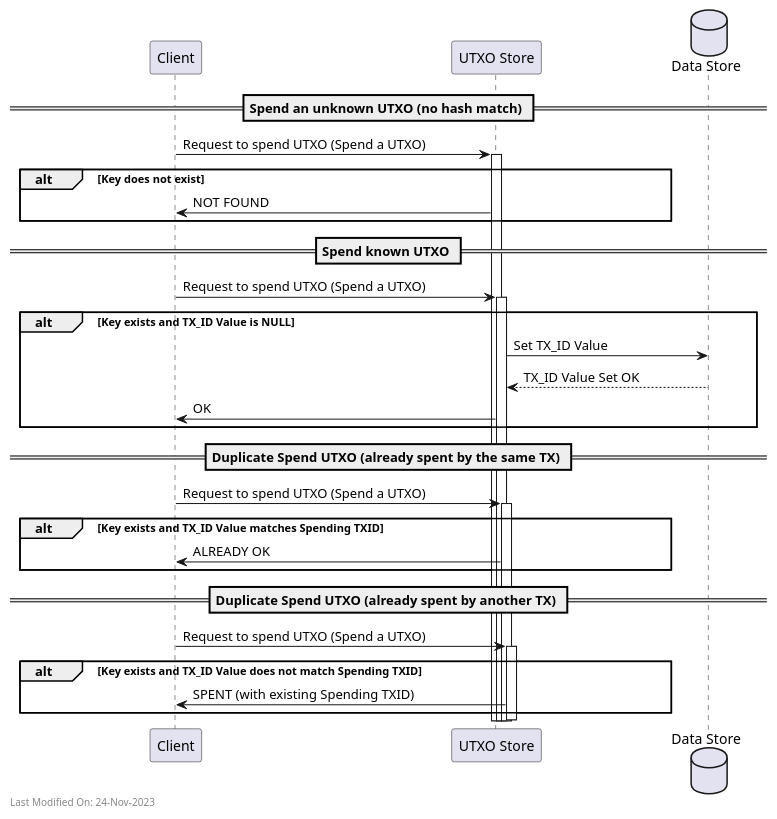
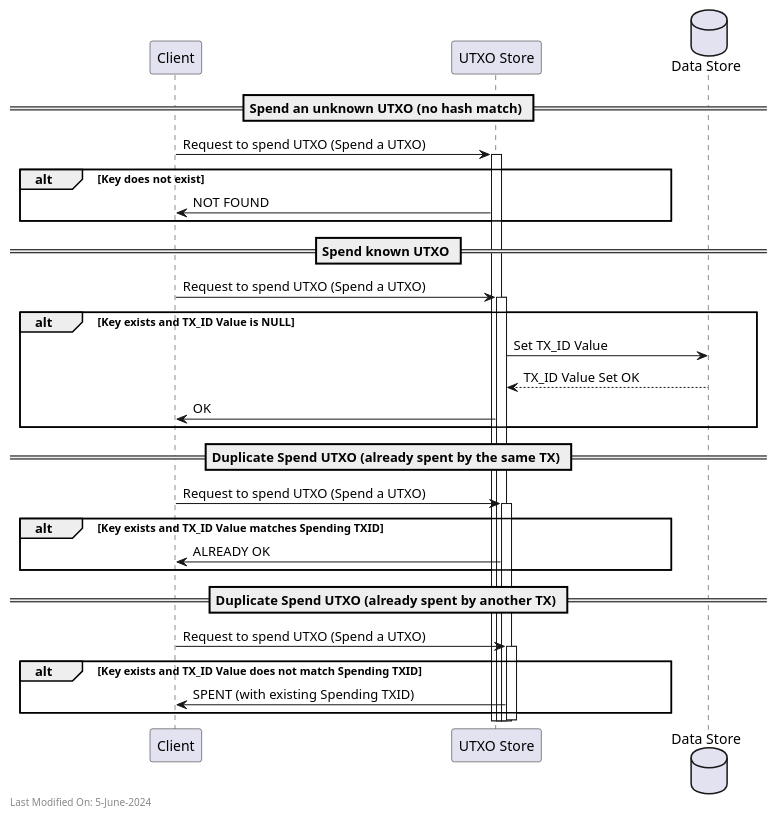
One commit to freemans13/teranode changed the diagram in docs/services/img/plantuml/utxo/utxo_spend_process.puml. Above: the diagram before and after it, drawn with PlantUML. The commit also changed 30 other files, not shown here.

```diff
--- a/docs/services/img/plantuml/utxo/utxo_spend_process.puml
+++ b/docs/services/img/plantuml/utxo/utxo_spend_process.puml
@@ -1,55 +1,55 @@
 @startuml
 skinparam ParticipantPadding 120
 
 participant "Client" as Client
 participant "UTXO Store" as Store
 database "Data Store" as Data
 
 
 == Spend an unknown UTXO (no hash match) ==
 
 Client -> Store: Request to spend UTXO (Spend a UTXO)
 activate Store
 
 alt Key does not exist
     Store -> Client: NOT FOUND
 end
 
 
 == Spend known UTXO ==
 
 Client -> Store: Request to spend UTXO (Spend a UTXO)
 activate Store
 
 alt Key exists and TX_ID Value is NULL
     Store -> Data: Set TX_ID Value
     Data --> Store: TX_ID Value Set OK
     Store -> Client: OK
 end
 
 
 == Duplicate Spend UTXO (already spent by the same TX) ==
 
 Client -> Store: Request to spend UTXO (Spend a UTXO)
 activate Store
 
 alt Key exists and TX_ID Value matches Spending TXID
     Store -> Client: ALREADY OK
 end
 
 == Duplicate Spend UTXO (already spent by another TX) ==
 
 Client -> Store: Request to spend UTXO (Spend a UTXO)
 activate Store
 
 alt Key exists and TX_ID Value does not match Spending TXID
     Store -> Client: SPENT (with existing Spending TXID)
 end
 
 
 
 deactivate Store
 
-left footer Last Modified On: 24-Nov-2023
+left footer Last Modified On: 5-June-2024
 
 @enduml
```
